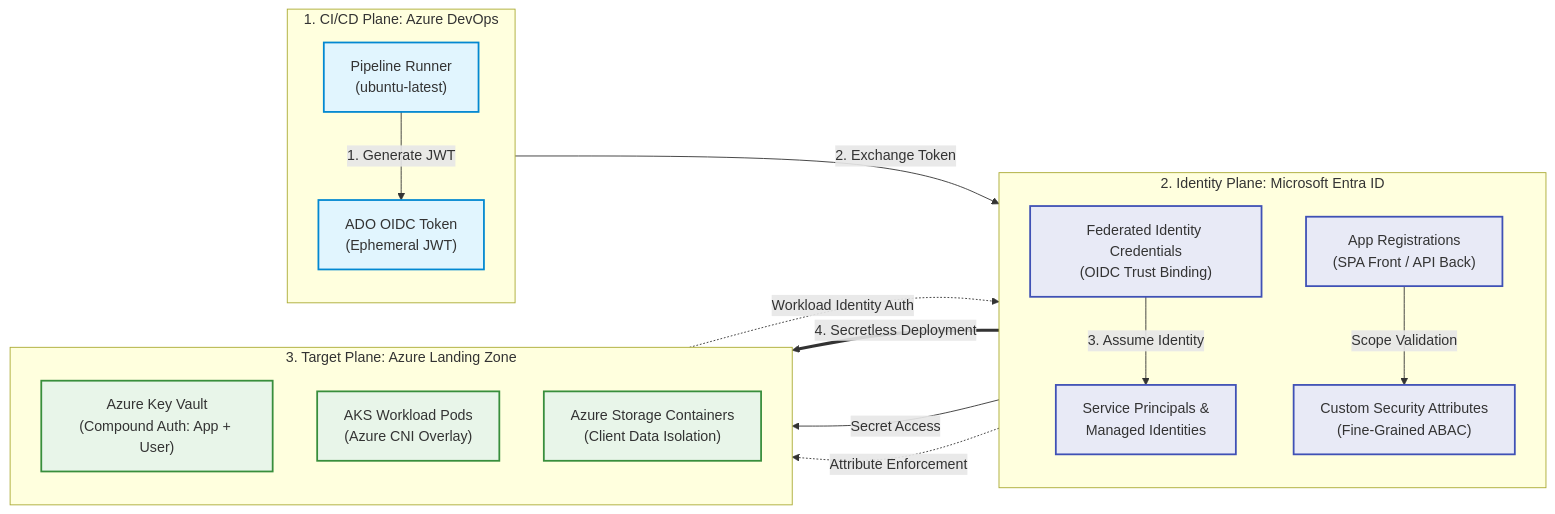
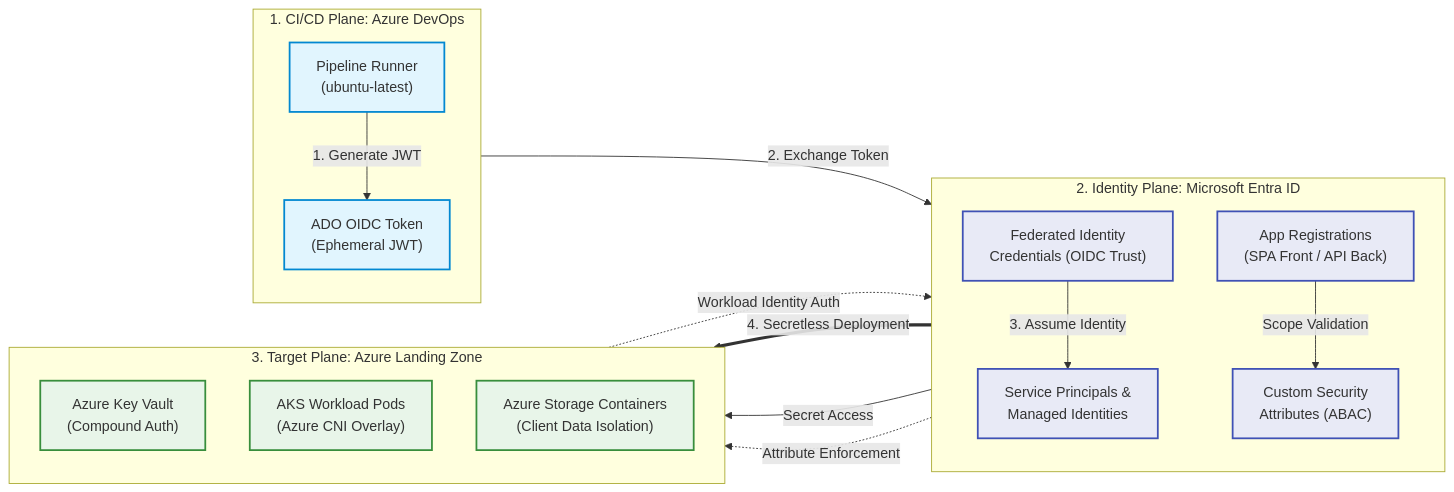
One commit to nubenetes/terraform-azure-devops-agentic changed the fifth of 6 diagrams in README.md. Above: the diagram before and after it, drawn with Mermaid. The commit also changed other lines of this file and 23 other files, not shown here.

Commit message:
docs: establish automated Mermaid validator and eliminate text clipping repo-wide

````diff
--- a/README.md
+++ b/README.md
@@ -590,40 +582,35 @@
 ```mermaid
 flowchart LR
     classDef entra fill:#e8eaf6,stroke:#3f51b5,stroke-width:2px;
     classDef ado fill:#e1f5fe,stroke:#0288d1,stroke-width:2px;
     classDef azure fill:#e8f5e9,stroke:#388e3c,stroke-width:2px;
-
     subgraph ADO_Pipeline ["1. CI/CD Plane: Azure DevOps"]
         direction TB
         Agent["Pipeline Runner<br/>(ubuntu-latest)"]
         OIDCToken["ADO OIDC Token<br/>(Ephemeral JWT)"]
         Agent -->|"1. Generate JWT"| OIDCToken
     end
-
     subgraph Entra ["2. Identity Plane: Microsoft Entra ID"]
         direction TB
-        FedCred["Federated Identity Credentials<br/>(OIDC Trust Binding)"]
+        FedCred["Federated Identity<br/>Credentials (OIDC Trust)"]
         SP["Service Principals &<br/>Managed Identities"]
         AppReg["App Registrations<br/>(SPA Front / API Back)"]
-        CSA["Custom Security Attributes<br/>(Fine-Grained ABAC)"]
+        CSA["Custom Security<br/>Attributes (ABAC)"]
         FedCred -->|"3. Assume Identity"| SP
         AppReg -->|"Scope Validation"| CSA
     end
-
     subgraph Azure_Resources ["3. Target Plane: Azure Landing Zone"]
         direction TB
-        AKV["Azure Key Vault<br/>(Compound Auth: App + User)"]
+        AKV["Azure Key Vault<br/>(Compound Auth)"]
         AKS_Pod["AKS Workload Pods<br/>(Azure CNI Overlay)"]
         Blob["Azure Storage Containers<br/>(Client Data Isolation)"]
     end
-
     OIDCToken -->|"2. Exchange Token"| FedCred
     SP ==>|"4. Secretless Deployment"| AKV
     AKS_Pod -.->|"Workload Identity Auth"| SP
     SP -->|"Secret Access"| AKV
     CSA -.->|"Attribute Enforcement"| Blob
-
     class FedCred,SP,AppReg,CSA entra;
     class Agent,OIDCToken ado;
     class AKS_Pod,AKV,Blob azure;
 ```
````
